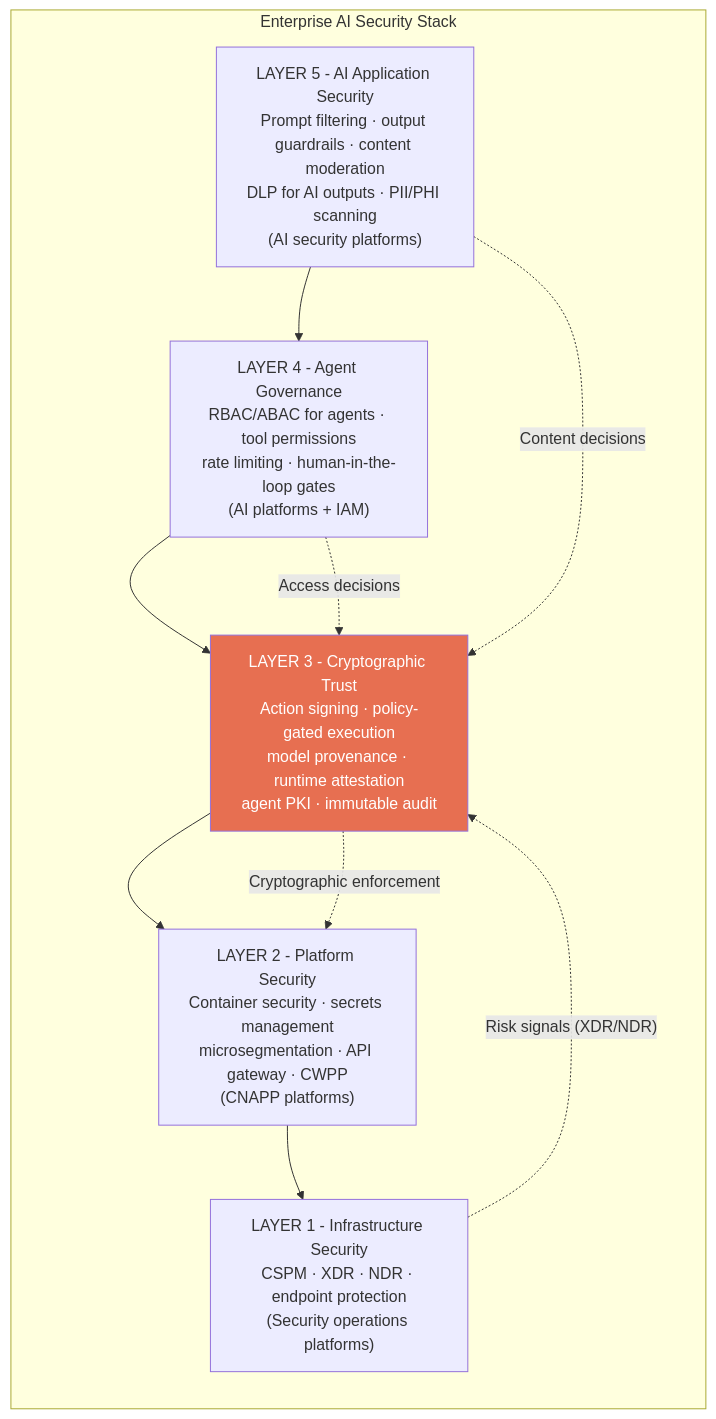
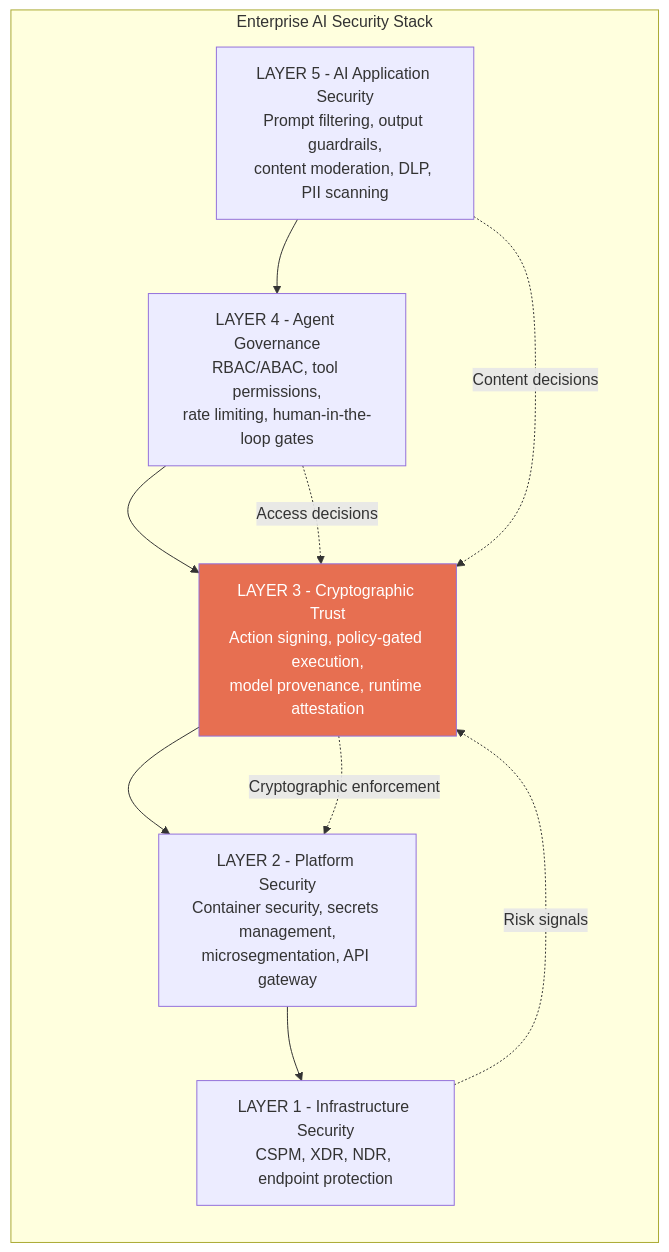
Before and after one commit to kjayashr/cryptographic-trust-layer: diagram 15 of 16 in cryptographic-trust-layer-thesis.md, drawn with Mermaid. The commit also changed other lines of this file, not shown here.

First line of the commit message:
Fix mermaid diagrams and add 10,000ft architecture overview

````diff
--- a/cryptographic-trust-layer-thesis.md
+++ b/cryptographic-trust-layer-thesis.md
@@ -575,20 +627,20 @@
 ```mermaid
 graph TB
     subgraph "Enterprise AI Security Stack"
         direction TB
-        L5["LAYER 5 - AI Application Security\nPrompt filtering · output guardrails · content moderation\nDLP for AI outputs · PII/PHI scanning\n(AI security platforms)"]
-        L4["LAYER 4 - Agent Governance\nRBAC/ABAC for agents · tool permissions\nrate limiting · human-in-the-loop gates\n(AI platforms + IAM)"]
-        L3["LAYER 3 - Cryptographic Trust\nAction signing · policy-gated execution\nmodel provenance · runtime attestation\nagent PKI · immutable audit"]
-        L2["LAYER 2 - Platform Security\nContainer security · secrets management\nmicrosegmentation · API gateway · CWPP\n(CNAPP platforms)"]
-        L1["LAYER 1 - Infrastructure Security\nCSPM · XDR · NDR · endpoint protection\n(Security operations platforms)"]
+        L5["LAYER 5 - AI Application Security<br/>Prompt filtering, output guardrails,<br/>content moderation, DLP, PII scanning"]
+        L4["LAYER 4 - Agent Governance<br/>RBAC/ABAC, tool permissions,<br/>rate limiting, human-in-the-loop gates"]
+        L3["LAYER 3 - Cryptographic Trust<br/>Action signing, policy-gated execution,<br/>model provenance, runtime attestation"]
+        L2["LAYER 2 - Platform Security<br/>Container security, secrets management,<br/>microsegmentation, API gateway"]
+        L1["LAYER 1 - Infrastructure Security<br/>CSPM, XDR, NDR, endpoint protection"]
     end
 
     L5 --> L4 --> L3 --> L2 --> L1
 
     L5 -.->|"Content decisions"| L3
     L4 -.->|"Access decisions"| L3
     L3 -.->|"Cryptographic enforcement"| L2
-    L1 -.->|"Risk signals (XDR/NDR)"| L3
+    L1 -.->|"Risk signals"| L3
 
     style L3 fill:#e76f51,color:#fff
 ```
````
